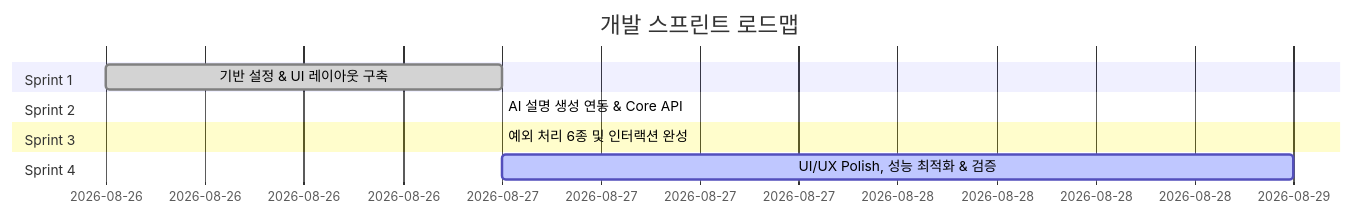
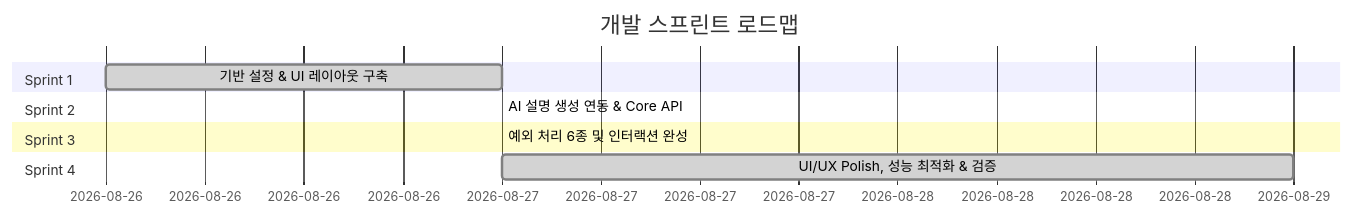
Before and after one commit to eunsu0210/-: the diagram in docs/development-plan.md, drawn with Mermaid. The commit also changed other lines of this file and 4 other files, not shown here.

````diff
--- a/docs/development-plan.md
+++ b/docs/development-plan.md
@@ -19,13 +19,13 @@
 ```mermaid
 gantt
     title 개발 스프린트 로드맵
     dateFormat  YYYY-MM-DD
     section Sprint 1
     기반 설정 & UI 레이아웃 구축    :done, s1, 2026-08-26, 2026-08-27
     section Sprint 2
     AI 설명 생성 연동 & Core API    :done, s2, 2026-08-27, 2026-08-27
     section Sprint 3
     예외 처리 6종 및 인터랙션 완성  :done, s3, 2026-08-27, 2026-08-27
     section Sprint 4
-    UI/UX Polish, 성능 최적화 & 검증:active, s4, 2026-08-27, 2d
+    UI/UX Polish, 성능 최적화 & 검증:done, s4, 2026-08-27, 2d
 ```
````
